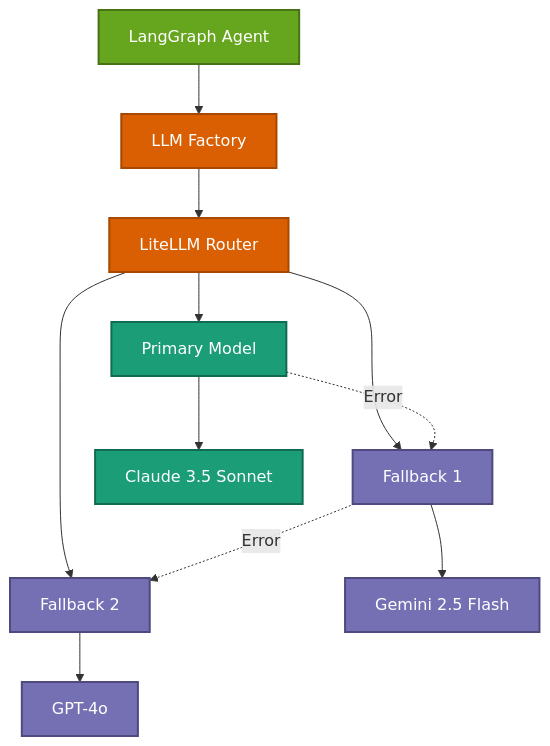
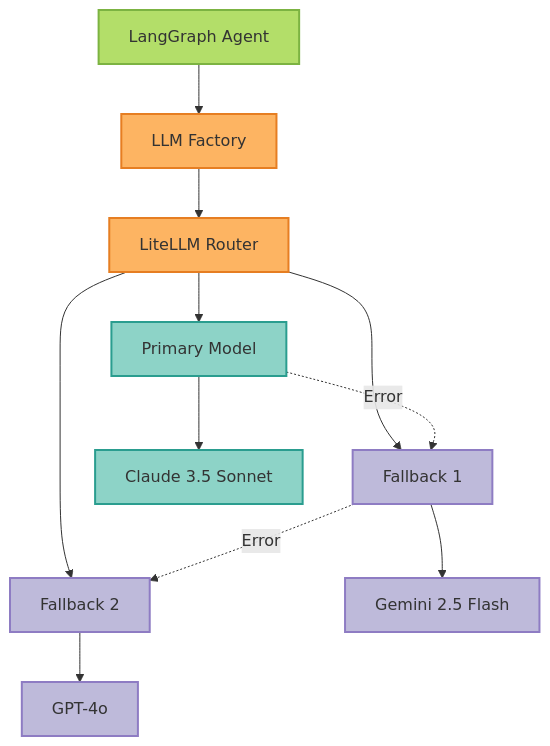
One commit to vishnu2kmohan/mcp-server-langgraph changed the fifth of 10 diagrams in docs/getting-started/architecture.mdx. Above: the diagram before and after it, drawn with Mermaid. The commit also changed other lines of this file and 11 other files, not shown here.

First line of the commit message:
style: migrate all diagrams from Dark2 to Set3 ColorBrewer2 palette

````diff
--- a/docs/getting-started/architecture.mdx
+++ b/docs/getting-started/architecture.mdx
@@ -406,28 +406,28 @@
 ```mermaid
 graph TB
     Agent[LangGraph Agent] --> LLMFactory[LLM Factory]
     LLMFactory --> LiteLLM[LiteLLM Router]
 
     LiteLLM --> Primary[Primary Model]
     LiteLLM --> Fallback1[Fallback 1]
     LiteLLM --> Fallback2[Fallback 2]
 
     Primary -.->|Error| Fallback1
     Fallback1 -.->|Error| Fallback2
 
     Primary --> Claude[Claude 3.5 Sonnet]
     Fallback1 --> Gemini[Gemini 2.5 Flash]
     Fallback2 --> GPT[GPT-4o]
 
-    %% ColorBrewer2 Dark2 palette styling
-    classDef agentStyle fill:#66a61e,stroke:#477315,stroke-width:2px,color:#fff
-    classDef routerStyle fill:#d95f02,stroke:#a64801,stroke-width:2px,color:#fff
-    classDef primaryStyle fill:#1b9e77,stroke:#116b52,stroke-width:2px,color:#fff
-    classDef fallbackStyle fill:#7570b3,stroke:#4e4a7f,stroke-width:2px,color:#fff
-    classDef llmStyle fill:#e7298a,stroke:#b31e6d,stroke-width:2px,color:#fff
+    %% ColorBrewer2 Set3 palette styling
+    classDef agentStyle fill:#b3de69,stroke:#7cb342,stroke-width:2px,color:#333
+    classDef routerStyle fill:#fdb462,stroke:#e67e22,stroke-width:2px,color:#333
+    classDef primaryStyle fill:#8dd3c7,stroke:#2a9d8f,stroke-width:2px,color:#333
+    classDef fallbackStyle fill:#bebada,stroke:#8e7cc3,stroke-width:2px,color:#333
+    classDef llmStyle fill:#fccde5,stroke:#ec7ab8,stroke-width:2px,color:#333
 
     class Agent agentStyle
     class LLMFactory,LiteLLM routerStyle
     class Primary,Claude primaryStyle
     class Fallback1,Gemini,Fallback2,GPT fallbackStyle
 ```
````
